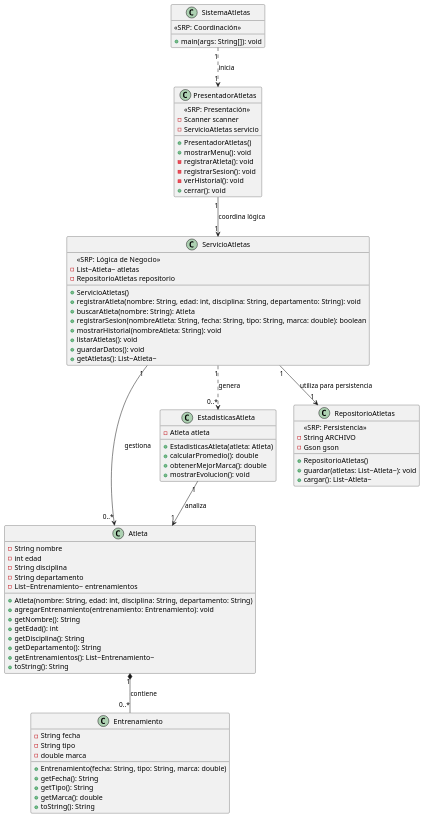
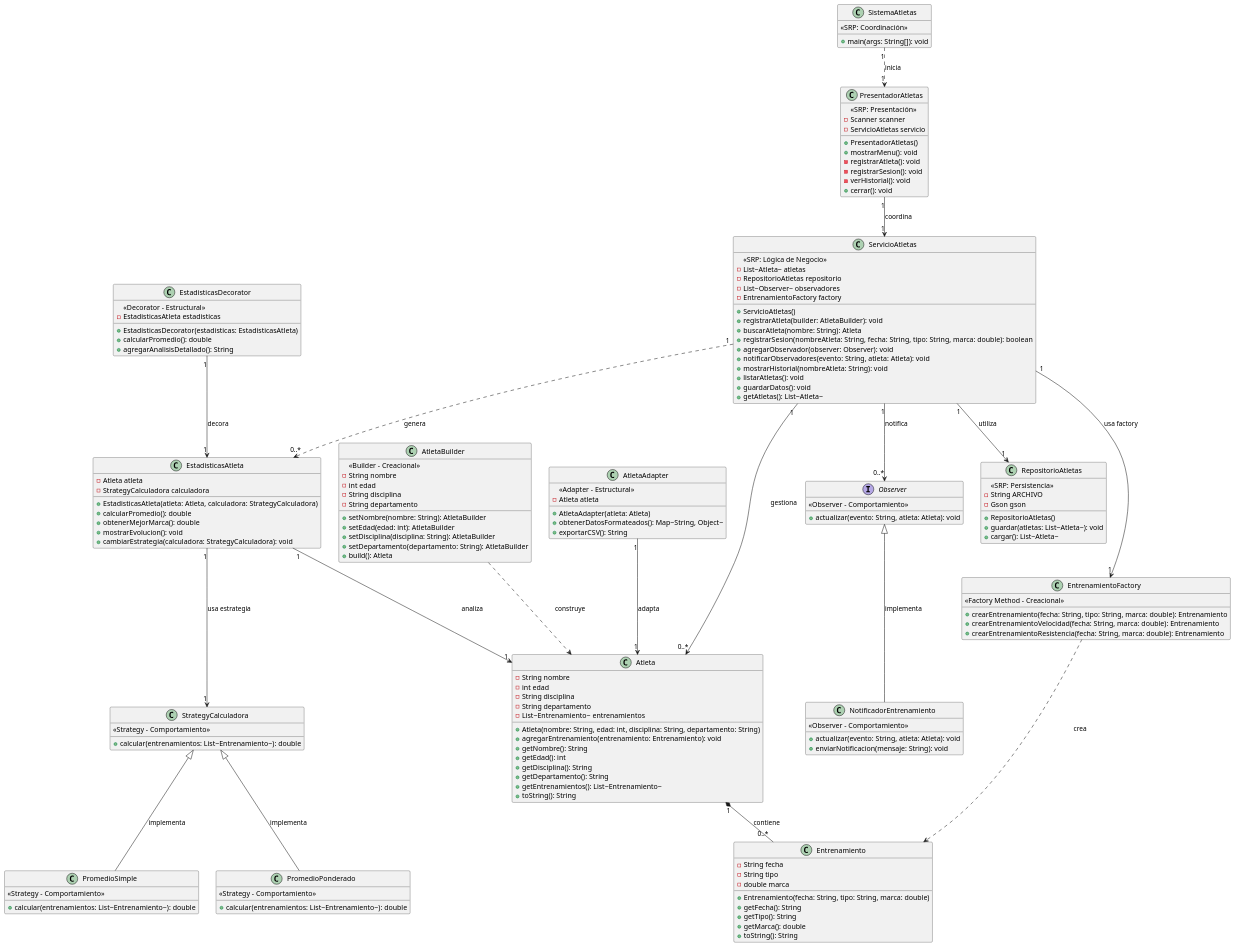
The diagram in src/main/java/org/example/diagrama.puml (alopezl93-sketch/Proyecto-1-), drawn with PlantUML before and after one commit. The commit also changed 19 other files, not shown here.

```diff
--- a/src/main/java/org/example/diagrama.puml
+++ b/src/main/java/org/example/diagrama.puml
@@ -1,92 +1,193 @@
 @startuml
+    ' === PATRONES CREACIONALES ===
+
+    class EntrenamientoFactory {
+        <<Factory Method - Creacional>>
+        +crearEntrenamiento(fecha: String, tipo: String, marca: double): Entrenamiento
+        +crearEntrenamientoVelocidad(fecha: String, marca: double): Entrenamiento
+        +crearEntrenamientoResistencia(fecha: String, marca: double): Entrenamiento
+    }
+
+    class AtletaBuilder {
+        <<Builder - Creacional>>
+        -String nombre
+        -int edad
+        -String disciplina
+        -String departamento
+
+        +setNombre(nombre: String): AtletaBuilder
+        +setEdad(edad: int): AtletaBuilder
+        +setDisciplina(disciplina: String): AtletaBuilder
+        +setDepartamento(departamento: String): AtletaBuilder
+        +build(): Atleta
+    }
+
+    ' === CLASES PRINCIPALES ===
+
     class Entrenamiento {
         -String fecha
         -String tipo
         -double marca
 
         +Entrenamiento(fecha: String, tipo: String, marca: double)
         +getFecha(): String
         +getTipo(): String
         +getMarca(): double
         +toString(): String
     }
 
     class Atleta {
         -String nombre
         -int edad
         -String disciplina
         -String departamento
         -List~Entrenamiento~ entrenamientos
 
         +Atleta(nombre: String, edad: int, disciplina: String, departamento: String)
         +agregarEntrenamiento(entrenamiento: Entrenamiento): void
         +getNombre(): String
         +getEdad(): int
         +getDisciplina(): String
         +getDepartamento(): String
         +getEntrenamientos(): List~Entrenamiento~
         +toString(): String
     }
 
+    ' === PATRONES ESTRUCTURALES ===
+
+    class AtletaAdapter {
+        <<Adapter - Estructural>>
+        -Atleta atleta
+
+        +AtletaAdapter(atleta: Atleta)
+        +obtenerDatosFormateados(): Map~String, Object~
+        +exportarCSV(): String
+    }
+
+    class EstadisticasDecorator {
+        <<Decorator - Estructural>>
+        -EstadisticasAtleta estadisticas
+
+        +EstadisticasDecorator(estadisticas: EstadisticasAtleta)
+        +calcularPromedio(): double
+        +agregarAnalisisDetallado(): String
+    }
+
+    ' === PATRONES DE COMPORTAMIENTO ===
+
+    interface Observer {
+        <<Observer - Comportamiento>>
+        +actualizar(evento: String, atleta: Atleta): void
+    }
+
+    class NotificadorEntrenamiento {
+        <<Observer - Comportamiento>>
+        +actualizar(evento: String, atleta: Atleta): void
+        +enviarNotificacion(mensaje: String): void
+    }
+
+    class StrategyCalculadora {
+        <<Strategy - Comportamiento>>
+        +calcular(entrenamientos: List~Entrenamiento~): double
+    }
+
+    class PromedioSimple {
+        <<Strategy - Comportamiento>>
+        +calcular(entrenamientos: List~Entrenamiento~): double
+    }
+
+    class PromedioPonderado {
+        <<Strategy - Comportamiento>>
+        +calcular(entrenamientos: List~Entrenamiento~): double
+    }
+
+    ' === CLASES EXISTENTES MODIFICADAS ===
+
     class EstadisticasAtleta {
         -Atleta atleta
+        -StrategyCalculadora calculadora
 
-        +EstadisticasAtleta(atleta: Atleta)
+        +EstadisticasAtleta(atleta: Atleta, calculadora: StrategyCalculadora)
         +calcularPromedio(): double
         +obtenerMejorMarca(): double
         +mostrarEvolucion(): void
+        +cambiarEstrategia(calculadora: StrategyCalculadora): void
+    }
+
+    class ServicioAtletas {
+        <<SRP: Lógica de Negocio>>
+        -List~Atleta~ atletas
+        -RepositorioAtletas repositorio
+        -List~Observer~ observadores
+        -EntrenamientoFactory factory
+
+        +ServicioAtletas()
+        +registrarAtleta(builder: AtletaBuilder): void
+        +buscarAtleta(nombre: String): Atleta
+        +registrarSesion(nombreAtleta: String, fecha: String, tipo: String, marca: double): boolean
+        +agregarObservador(observer: Observer): void
+        +notificarObservadores(evento: String, atleta: Atleta): void
+        +mostrarHistorial(nombreAtleta: String): void
+        +listarAtletas(): void
+        +guardarDatos(): void
+        +getAtletas(): List~Atleta~
     }
 
     class RepositorioAtletas {
         <<SRP: Persistencia>>
         -String ARCHIVO
         -Gson gson
 
         +RepositorioAtletas()
         +guardar(atletas: List~Atleta~): void
         +cargar(): List~Atleta~
-    }
-
-    class ServicioAtletas {
-        <<SRP: Lógica de Negocio>>
-        -List~Atleta~ atletas
-        -RepositorioAtletas repositorio
-
-        +ServicioAtletas()
-        +registrarAtleta(nombre: String, edad: int, disciplina: String, departamento: String): void
-        +buscarAtleta(nombre: String): Atleta
-        +registrarSesion(nombreAtleta: String, fecha: String, tipo: String, marca: double): boolean
-        +mostrarHistorial(nombreAtleta: String): void
-        +listarAtletas(): void
-        +guardarDatos(): void
-        +getAtletas(): List~Atleta~
     }
 
     class PresentadorAtletas {
         <<SRP: Presentación>>
         -Scanner scanner
         -ServicioAtletas servicio
 
         +PresentadorAtletas()
         +mostrarMenu(): void
         -registrarAtleta(): void
         -registrarSesion(): void
         -verHistorial(): void
         +cerrar(): void
     }
+
     class SistemaAtletas {
         <<SRP: Coordinación>>
-
         +main(args: String[]): void
     }
+
+    ' === RELACIONES ===
+
+    ' Creacionales
+    EntrenamientoFactory ..> Entrenamiento : "crea"
+    AtletaBuilder ..> Atleta : "construye"
+
+    ' Estructurales
+    AtletaAdapter "1" --> "1" Atleta : "adapta"
+    EstadisticasDecorator "1" --> "1" EstadisticasAtleta : "decora"
+
+    ' Comportamiento
+    Observer <|-- NotificadorEntrenamiento : "implementa"
+    StrategyCalculadora <|-- PromedioSimple : "implementa"
+    StrategyCalculadora <|-- PromedioPonderado : "implementa"
+
+    ' Relaciones principales
     Atleta "1" *-- "0..*" Entrenamiento : "contiene"
     EstadisticasAtleta "1" --> "1" Atleta : "analiza"
+    EstadisticasAtleta "1" --> "1" StrategyCalculadora : "usa estrategia"
 
-    ServicioAtletas "1" --> "1" RepositorioAtletas : "utiliza para persistencia"
+    ServicioAtletas "1" --> "1" RepositorioAtletas : "utiliza"
     ServicioAtletas "1" --> "0..*" Atleta : "gestiona"
+    ServicioAtletas "1" --> "1" EntrenamientoFactory : "usa factory"
+    ServicioAtletas "1" --> "0..*" Observer : "notifica"
     ServicioAtletas "1" ..> "0..*" EstadisticasAtleta : "genera"
 
-    PresentadorAtletas "1" --> "1" ServicioAtletas : "coordina lógica"
+    PresentadorAtletas "1" --> "1" ServicioAtletas : "coordina"
     SistemaAtletas "1" ..> "1" PresentadorAtletas : "inicia"
 
 @enduml
```
